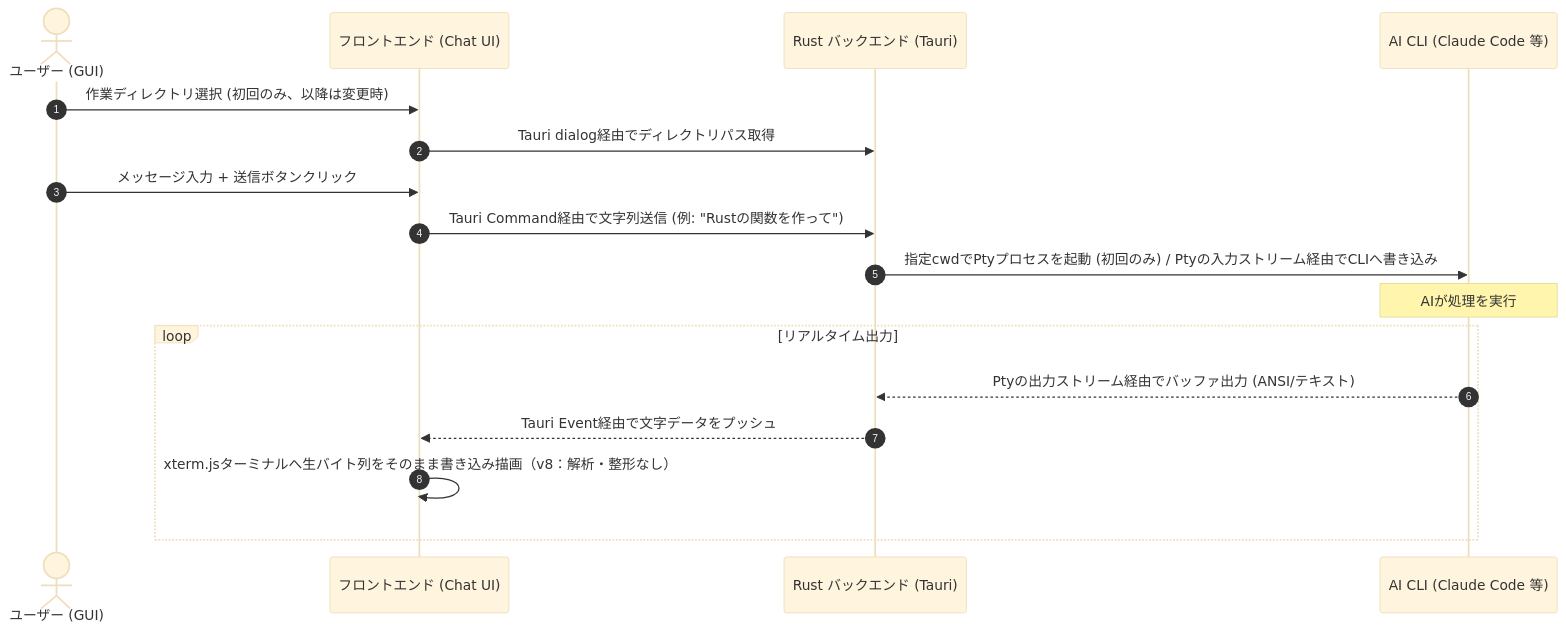
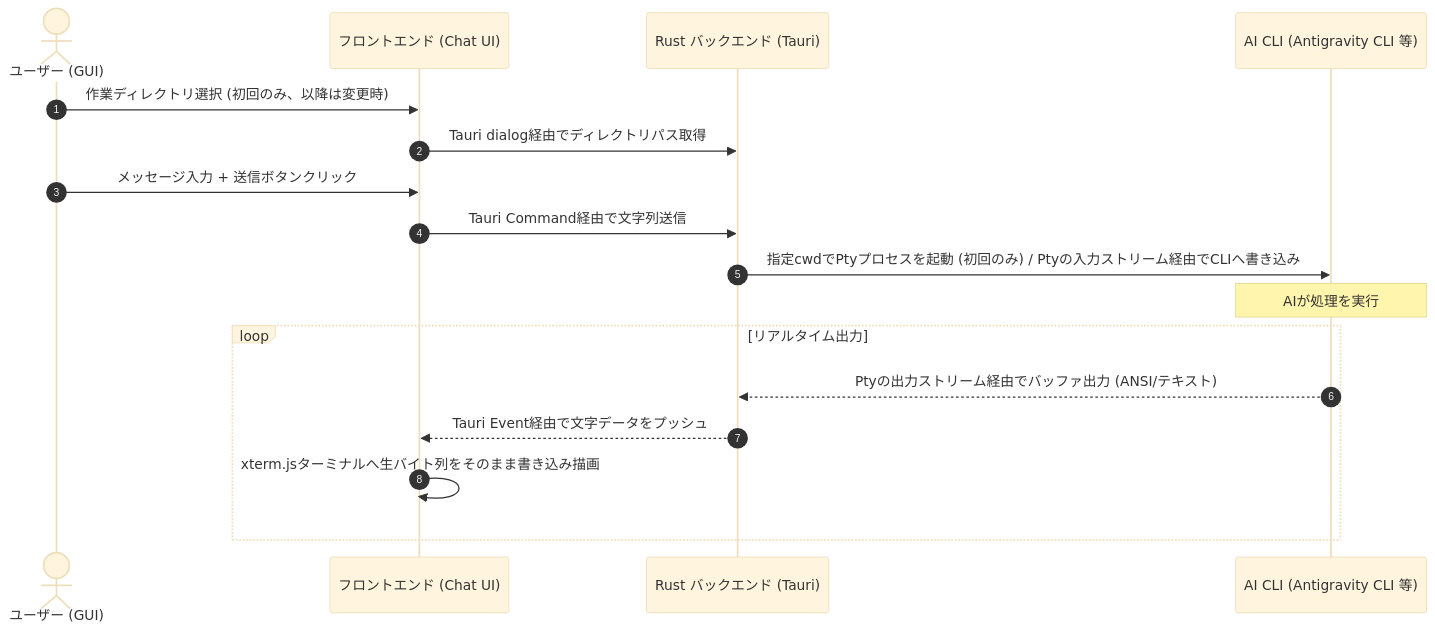
Before and after one commit to kh813/agent-deck: the first of 2 diagrams in app_specs.md, drawn with Mermaid (base theme). The commit also changed other lines of this file and 14 other files, not shown here.

````diff
--- a/app_specs.md
+++ b/app_specs.md
@@ -280,21 +310,20 @@
 ```mermaid
 sequenceDiagram
     autonumber
     actor User as ユーザー (GUI)
     participant FE as フロントエンド (Chat UI)
     participant BE as Rust バックエンド (Tauri)
-    participant CLI as AI CLI (Claude Code 等)
+    participant CLI as AI CLI (Antigravity CLI 等)
 
     User->>FE: 作業ディレクトリ選択 (初回のみ、以降は変更時)
     FE->>BE: Tauri dialog経由でディレクトリパス取得
     User->>FE: メッセージ入力 + 送信ボタンクリック
-    FE->>BE: Tauri Command経由で文字列送信 (例: "Rustの関数を作って")
+    FE->>BE: Tauri Command経由で文字列送信
     BE->>CLI: 指定cwdでPtyプロセスを起動 (初回のみ) / Ptyの入力ストリーム経由でCLIへ書き込み
     Note over CLI: AIが処理を実行
     loop リアルタイム出力
         CLI-->>BE: Ptyの出力ストリーム経由でバッファ出力 (ANSI/テキスト)
         BE-->>FE: Tauri Event経由で文字データをプッシュ
-        FE->>FE: xterm.jsターミナルへ生バイト列をそのまま書き込み描画（v8：解析・整形なし）
+        FE->>FE: xterm.jsターミナルへ生バイト列をそのまま書き込み描画
     end
-
 ```
````
